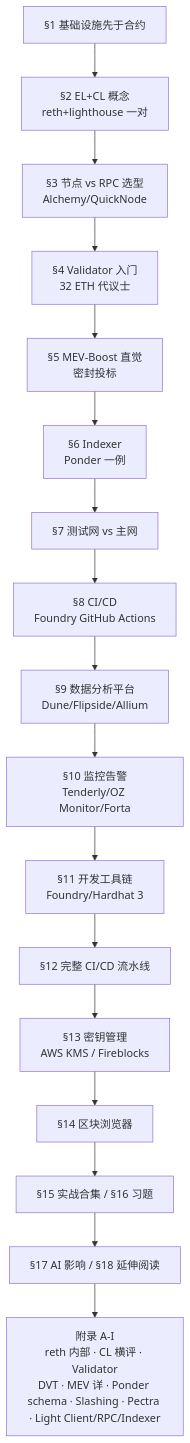
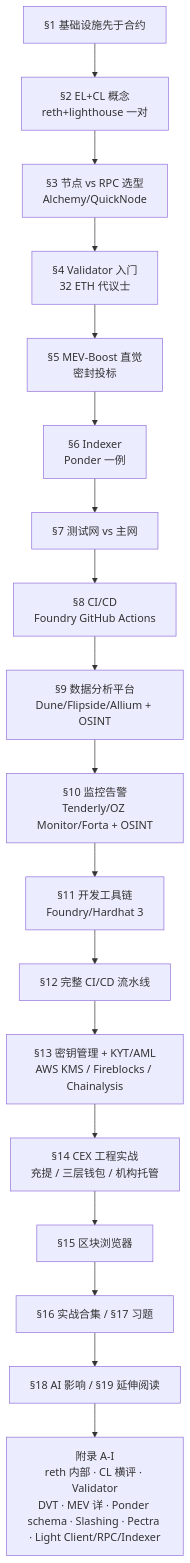
One commit to ChuwuYo/misc-files changed the first of 29 diagrams in web3-engineer-guide/11-基础设施与工具/README.md. Above: the diagram before and after it, drawn with Mermaid. The commit also changed other lines of this file and 76 other files, not shown here.

````diff
--- a/web3-engineer-guide/11-基础设施与工具/README.md
+++ b/web3-engineer-guide/11-基础设施与工具/README.md
@@ -17,19 +17,20 @@
 ```mermaid
 flowchart TD
     Start[§1 基础设施先于合约] --> EL[§2 EL+CL 概念<br/>reth+lighthouse 一对]
     EL --> RPC[§3 节点 vs RPC 选型<br/>Alchemy/QuickNode]
     RPC --> Val[§4 Validator 入门<br/>32 ETH 代议士]
     Val --> MEV[§5 MEV-Boost 直觉<br/>密封投标]
     MEV --> Idx[§6 Indexer<br/>Ponder 一例]
     Idx --> Net[§7 测试网 vs 主网]
     Net --> CI[§8 CI/CD<br/>Foundry GitHub Actions]
-    CI --> Data[§9 数据分析平台<br/>Dune/Flipside/Allium]
-    Data --> Mon[§10 监控告警<br/>Tenderly/OZ Monitor/Forta]
+    CI --> Data[§9 数据分析平台<br/>Dune/Flipside/Allium + OSINT]
+    Data --> Mon[§10 监控告警<br/>Tenderly/OZ Monitor/Forta + OSINT]
     Mon --> Tool[§11 开发工具链<br/>Foundry/Hardhat 3]
     Tool --> Pipe[§12 完整 CI/CD 流水线]
-    Pipe --> Key[§13 密钥管理<br/>AWS KMS / Fireblocks]
-    Key --> Exp[§14 区块浏览器]
-    Exp --> Lab[§15 实战合集 / §16 习题]
-    Lab --> AI[§17 AI 影响 / §18 延伸阅读]
+    Pipe --> Key[§13 密钥管理 + KYT/AML<br/>AWS KMS / Fireblocks / Chainalysis]
+    Key --> CEX[§14 CEX 工程实战<br/>充提 / 三层钱包 / 机构托管]
+    CEX --> Exp[§15 区块浏览器]
+    Exp --> Lab[§16 实战合集 / §17 习题]
+    Lab --> AI[§18 AI 影响 / §19 延伸阅读]
     AI --> App[附录 A-I<br/>reth 内部 · CL 横评 · Validator<br/>DVT · MEV 详 · Ponder schema · Slashing · Pectra · Light Client/RPC/Indexer]
 ```
````
